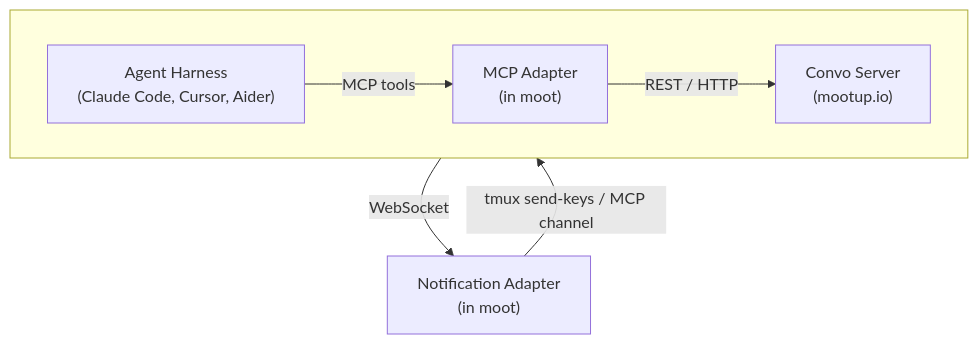
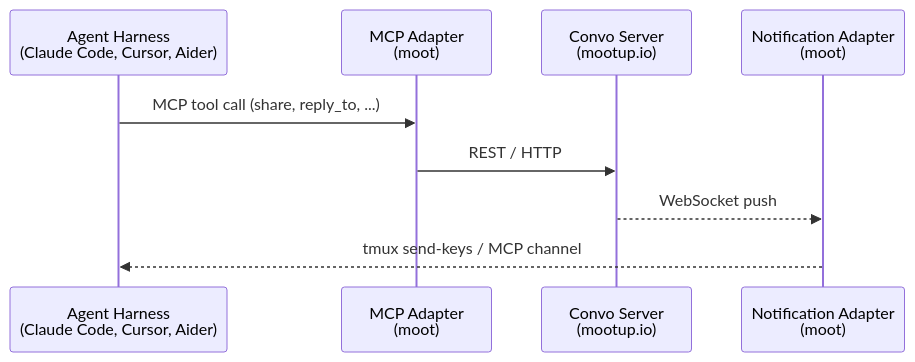
The diagram in README.md (mootup-io/moot), drawn with Mermaid before and after one commit.

Commit message:
Switch to sequence diagram for architecture

````diff
--- a/README.md
+++ b/README.md
@@ -101,10 +101,12 @@
 ```mermaid
-flowchart TB
-    subgraph " "
-        direction LR
-        A["Agent Harness<br/>(Claude Code, Cursor, Aider)"] -->|MCP tools| B["MCP Adapter<br/>(in moot)"]
-        B -->|REST / HTTP| C["Convo Server<br/>(mootup.io)"]
-    end
-    C -->|WebSocket| D["Notification Adapter<br/>(in moot)"]
-    D -->|"tmux send-keys / MCP channel"| A
+sequenceDiagram
+    participant Agent as Agent Harness<br/>(Claude Code, Cursor, Aider)
+    participant MCP as MCP Adapter<br/>(moot)
+    participant Convo as Convo Server<br/>(mootup.io)
+    participant Notify as Notification Adapter<br/>(moot)
+
+    Agent->>MCP: MCP tool call (share, reply_to, ...)
+    MCP->>Convo: REST / HTTP
+    Convo-->>Notify: WebSocket push
+    Notify-->>Agent: tmux send-keys / MCP channel
 ```
````
